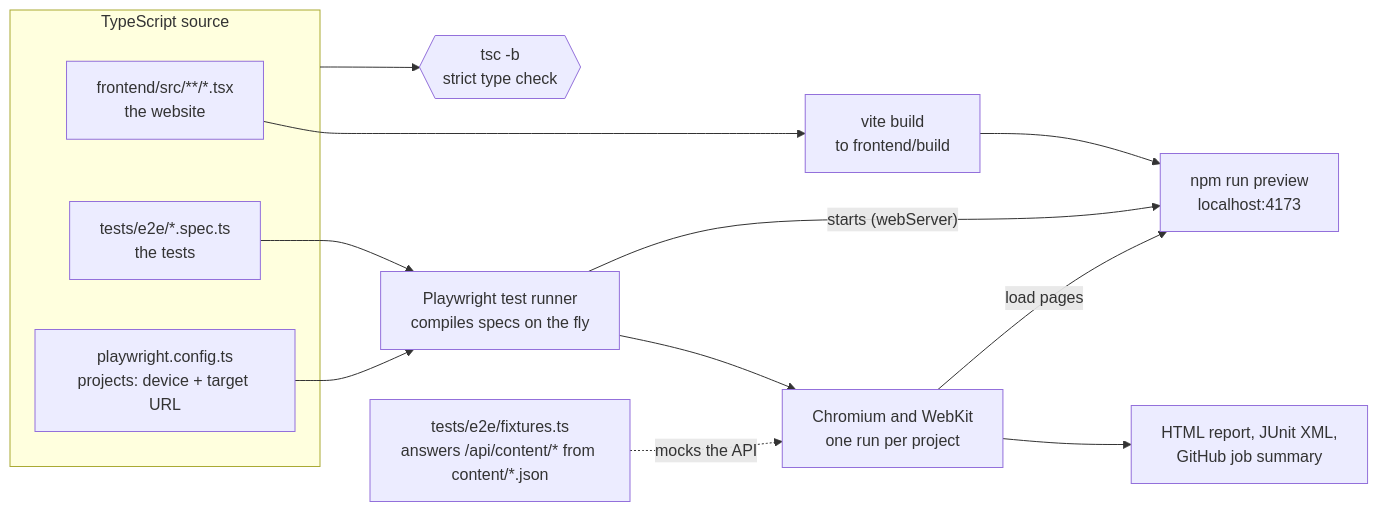
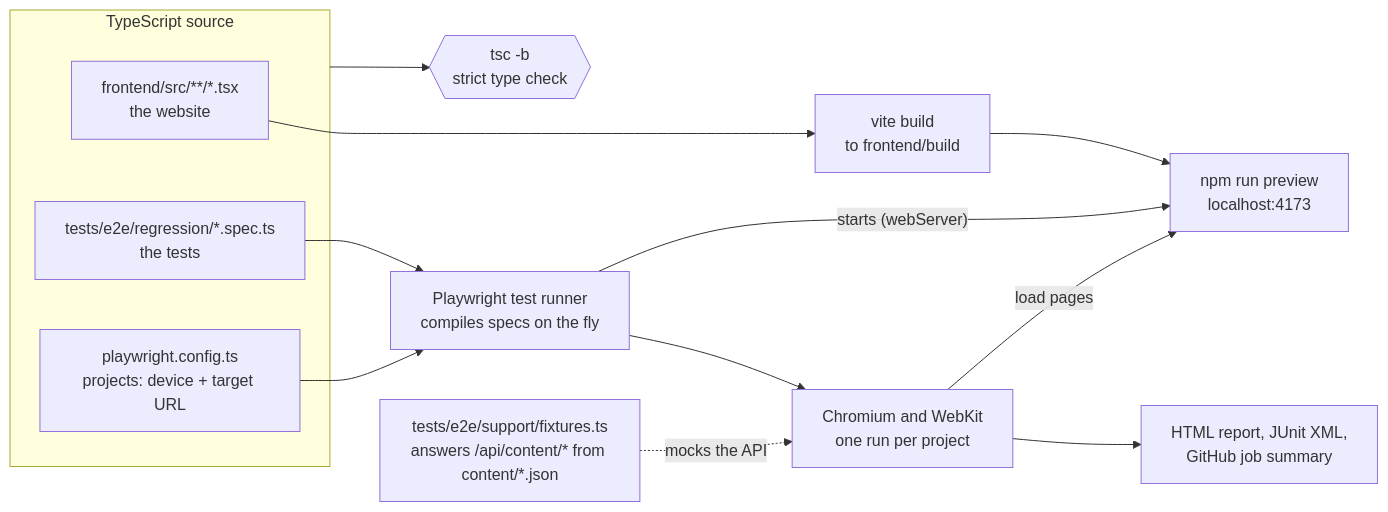
The second of 4 diagrams in docs/testing.md (shane24sweeney/aboutshane), drawn with Mermaid before and after one commit. The commit also changed other lines of this file and 26 other files, not shown here.

````diff
--- a/docs/testing.md
+++ b/docs/testing.md
@@ -96,19 +114,19 @@
 ```mermaid
 flowchart LR
   subgraph code["TypeScript source"]
     app["frontend/src/**/*.tsx<br/>the website"]
-    specs["tests/e2e/*.spec.ts<br/>the tests"]
+    specs["tests/e2e/regression/*.spec.ts<br/>the tests"]
     config["playwright.config.ts<br/>projects: device + target URL"]
   end
 
   code --> tsc{{"tsc -b<br/>strict type check"}}
   app --> vite["vite build<br/>to frontend/build"]
   vite --> preview["npm run preview<br/>localhost:4173"]
 
   specs & config --> runner["Playwright test runner<br/>compiles specs on the fly"]
   runner -- "starts (webServer)" --> preview
   runner --> browsers["Chromium and WebKit<br/>one run per project"]
-  fixtures["tests/e2e/fixtures.ts<br/>answers /api/content/* from content/*.json"] -. "mocks the API" .-> browsers
+  fixtures["tests/e2e/support/fixtures.ts<br/>answers /api/content/* from content/*.json"] -. "mocks the API" .-> browsers
   browsers -- "load pages" --> preview
   browsers --> reports["HTML report, JUnit XML,<br/>GitHub job summary"]
 ```
````
